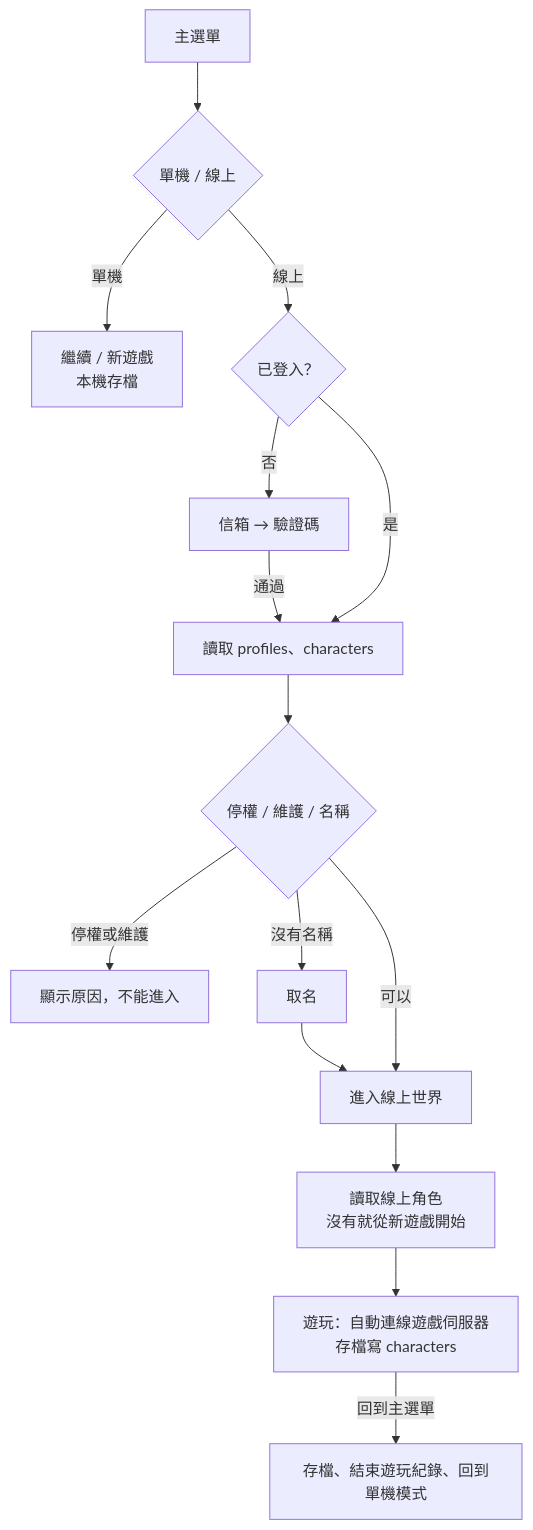
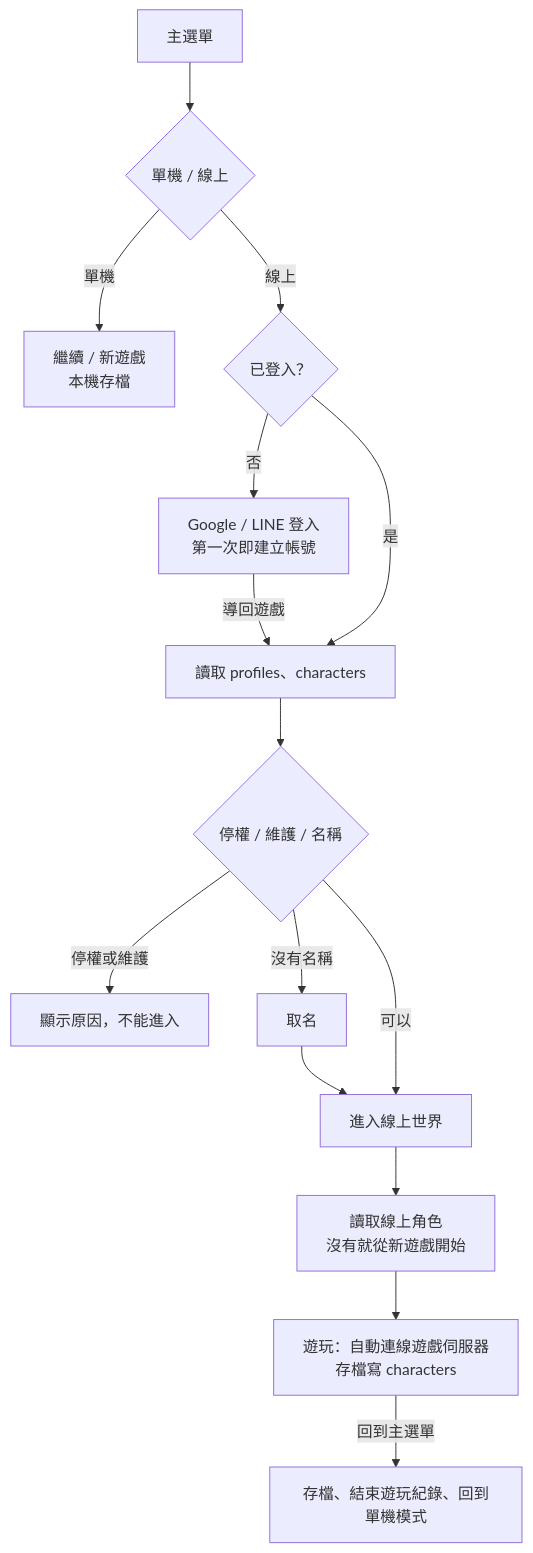
The diagram in docs/multiplayer/ui-flow.md (YisoTsao/misty-forest), drawn with Mermaid before and after one commit. The commit also changed other lines of this file and 18 other files, not shown here.

First line of the commit message:
線上登入改用 Google / LINE OAuth；啟動時向遊戲伺服器對時

````diff
--- a/docs/multiplayer/ui-flow.md
+++ b/docs/multiplayer/ui-flow.md
@@ -45,16 +45,16 @@
 ```mermaid
 flowchart TD
   A[主選單] --> B{單機 / 線上}
   B -->|單機| C[繼續 / 新遊戲<br/>本機存檔]
   B -->|線上| D{已登入？}
-  D -->|否| E[信箱 → 驗證碼]
-  E -->|通過| F[讀取 profiles、characters]
+  D -->|否| E[Google / LINE 登入<br/>第一次即建立帳號]
+  E -->|導回遊戲| F[讀取 profiles、characters]
   D -->|是| F
   F --> G{停權 / 維護 / 名稱}
   G -->|停權或維護| H[顯示原因，不能進入]
   G -->|沒有名稱| I[取名] --> J
   G -->|可以| J[進入線上世界]
   J --> K[讀取線上角色<br/>沒有就從新遊戲開始]
   K --> L[遊玩：自動連線遊戲伺服器<br/>存檔寫 characters]
   L -->|回到主選單| M[存檔、結束遊玩紀錄、回到單機模式]
 ```
````
